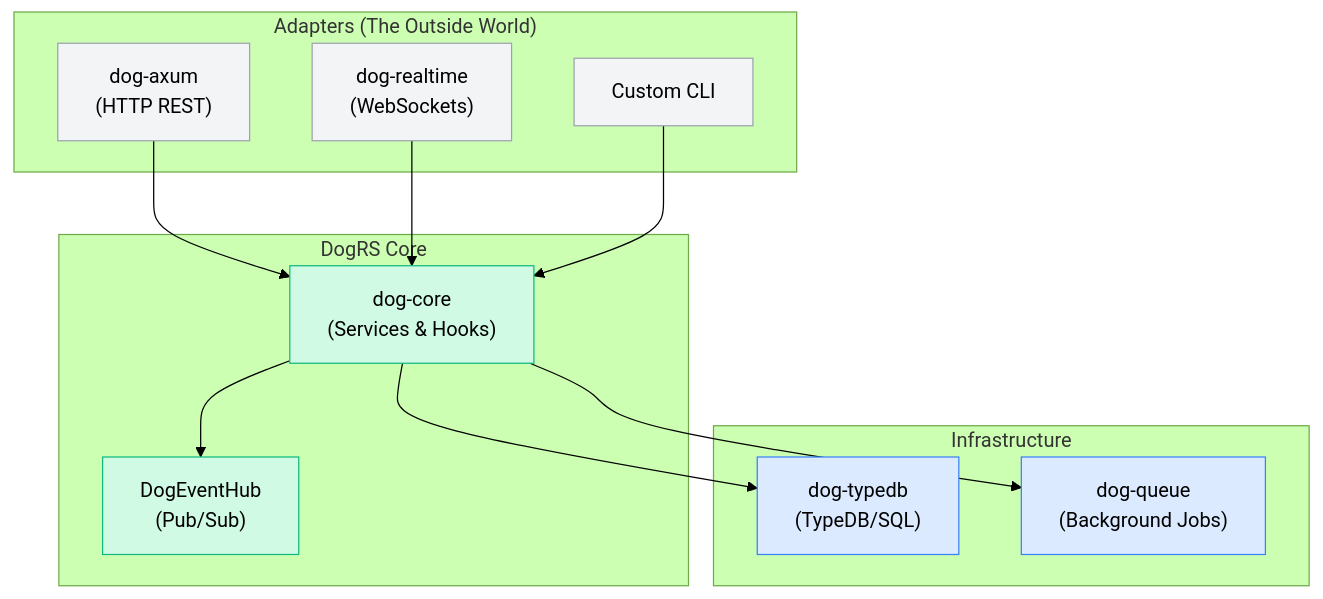
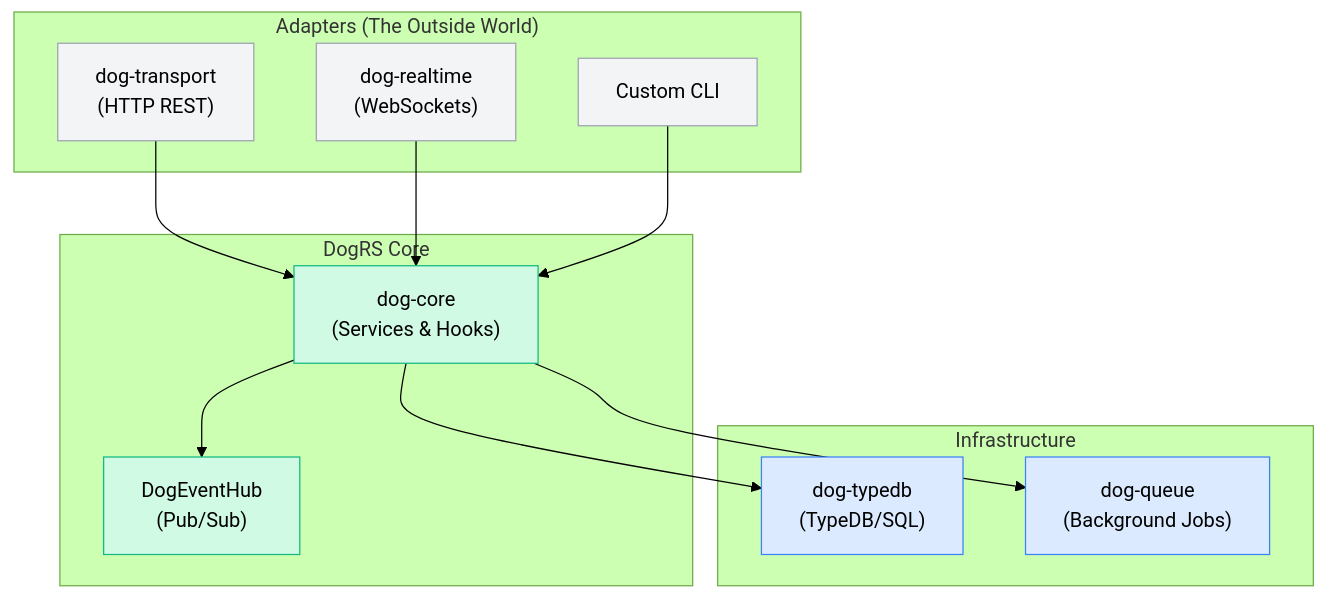
Before and after one commit to Jitpomi/dogrs: the diagram in ReadMe.md, drawn with Mermaid (forest theme). The commit also changed other lines of this file and 119 other files, not shown here.

````diff
--- a/ReadMe.md
+++ b/ReadMe.md
@@ -24,37 +24,37 @@
 ```mermaid
 graph TD
     %% Adapters
     subgraph "Adapters (The Outside World)"
-        HTTP["dog-axum<br>(HTTP REST)"]
+        HTTP["dog-transport<br>(HTTP REST)"]
         WS["dog-realtime<br>(WebSockets)"]
         CLI["Custom CLI"]
     end
 
     %% Core
     subgraph "DogRS Core"
         Core["dog-core<br>(Services & Hooks)"]
         Events["DogEventHub<br>(Pub/Sub)"]
     end
 
     %% Storage
     subgraph "Infrastructure"
         DB["dog-typedb<br>(TypeDB/SQL)"]
         Queue["dog-queue<br>(Background Jobs)"]
     end
 
     HTTP --> Core
     WS --> Core
     CLI --> Core
     
     Core --> Events
     Core --> DB
     Core --> Queue
     
     classDef adapter fill:#f3f4f6,stroke:#9ca3af;
     classDef core fill:#d1fae5,stroke:#10b981;
     classDef infra fill:#dbeafe,stroke:#3b82f6;
     
     class HTTP,WS,CLI adapter;
     class Core,Events core;
     class DB,Queue infra;
 ```
````
